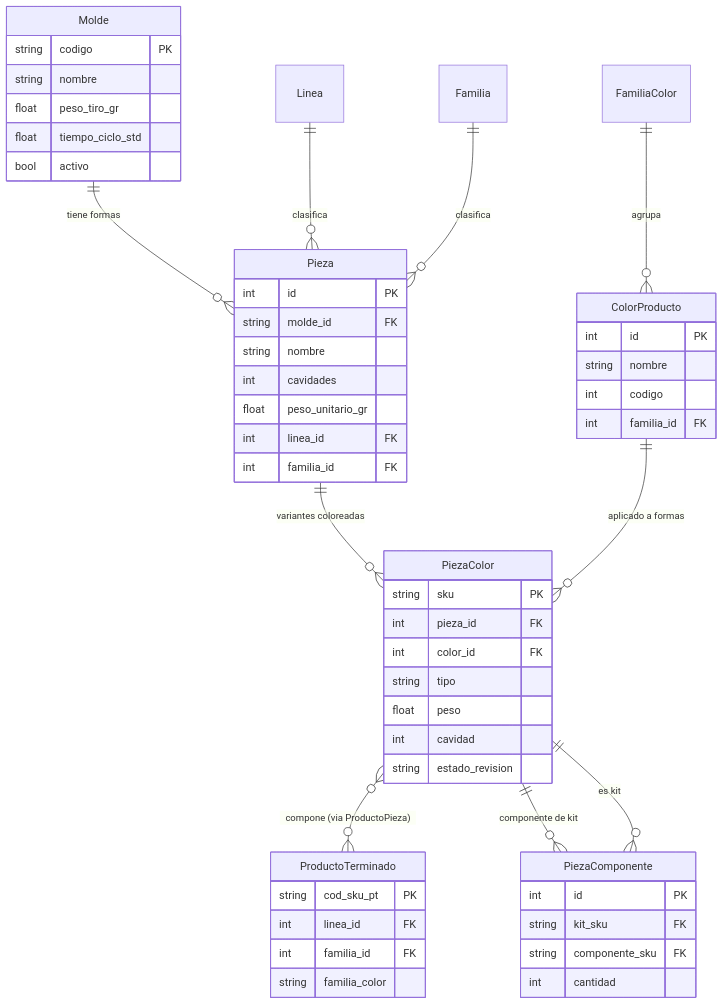
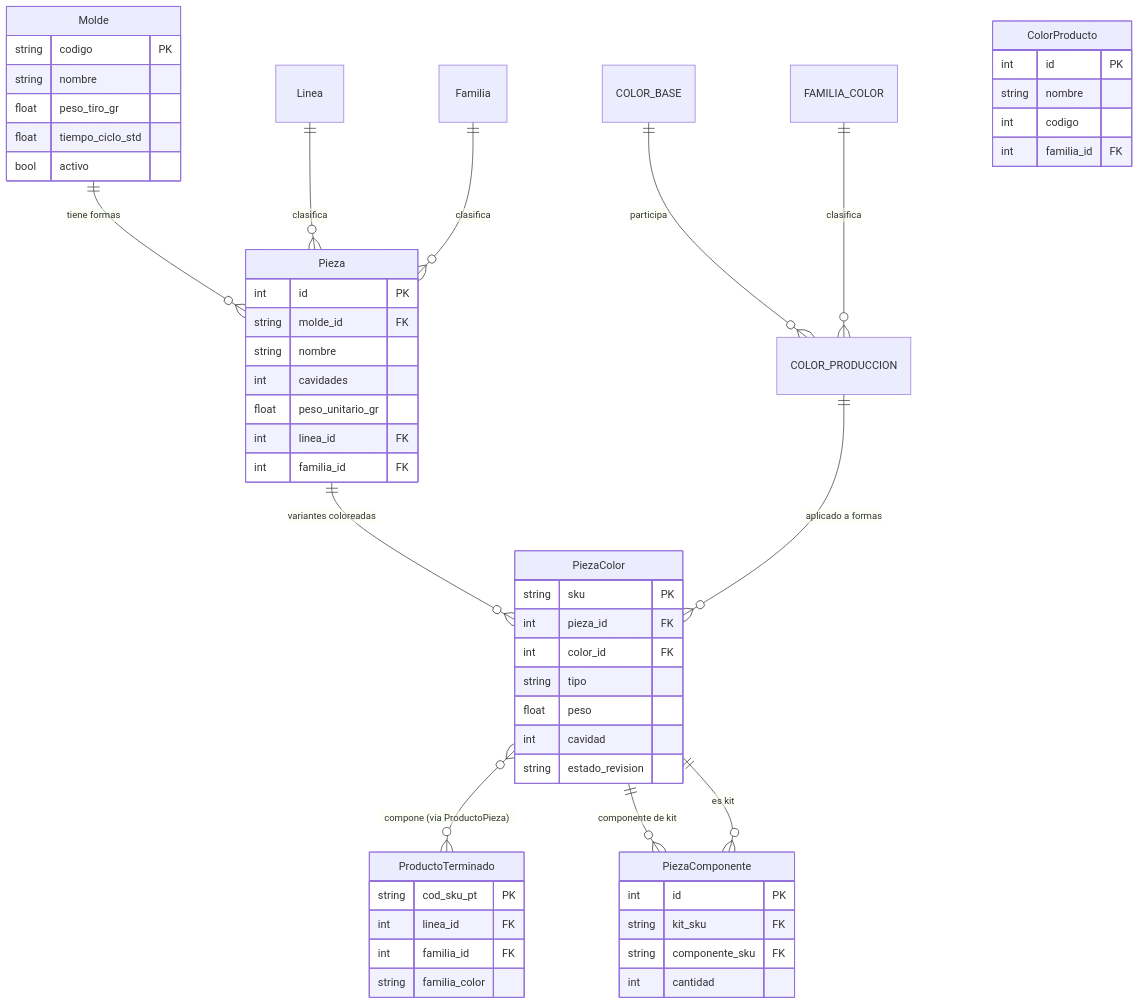
Before and after one commit to estebanSulcaInfante/envaperu-workspace: the diagram in obsidian_vault/05_Especificaciones/03_Tech_Specs/TS-001_Creacion_Agil_Molde_Producto_Pieza.md, drawn with Mermaid. The commit also changed other lines of this file and 22 other files, not shown here.

````diff
--- a/obsidian_vault/05_Especificaciones/03_Tech_Specs/TS-001_Creacion_Agil_Molde_Producto_Pieza.md
+++ b/obsidian_vault/05_Especificaciones/03_Tech_Specs/TS-001_Creacion_Agil_Molde_Producto_Pieza.md
@@ -40,61 +40,62 @@
 ```mermaid
 erDiagram
     Molde ||--o{ Pieza : "tiene formas"
     Pieza ||--o{ PiezaColor : "variantes coloreadas"
-    ColorProducto ||--o{ PiezaColor : "aplicado a formas"
+    COLOR_BASE ||--o{ COLOR_PRODUCCION : participa
+    FAMILIA_COLOR ||--o{ COLOR_PRODUCCION : clasifica
+    COLOR_PRODUCCION ||--o{ PiezaColor : "aplicado a formas"
     PiezaColor }o--o{ ProductoTerminado : "compone (via ProductoPieza)"
     PiezaColor ||--o{ PiezaComponente : "componente de kit"
     PiezaColor ||--o{ PiezaComponente : "es kit"
     Linea ||--o{ Pieza : "clasifica"
     Familia ||--o{ Pieza : "clasifica"
-    FamiliaColor ||--o{ ColorProducto : "agrupa"
 
     Molde {
         string codigo PK
         string nombre
         float peso_tiro_gr
         float tiempo_ciclo_std
         bool activo
     }
 
     Pieza {
         int id PK
         string molde_id FK
         string nombre
         int cavidades
         float peso_unitario_gr
         int linea_id FK
         int familia_id FK
     }
 
     ColorProducto {
         int id PK
         string nombre
         int codigo
         int familia_id FK
     }
 
     PiezaColor {
         string sku PK
         int pieza_id FK
         int color_id FK
         string tipo
         float peso
         int cavidad
         string estado_revision
     }
 
     ProductoTerminado {
         string cod_sku_pt PK
         int linea_id FK
         int familia_id FK
         string familia_color
     }
 
     PiezaComponente {
         int id PK
         string kit_sku FK
         string componente_sku FK
         int cantidad
     }
 ```
````
